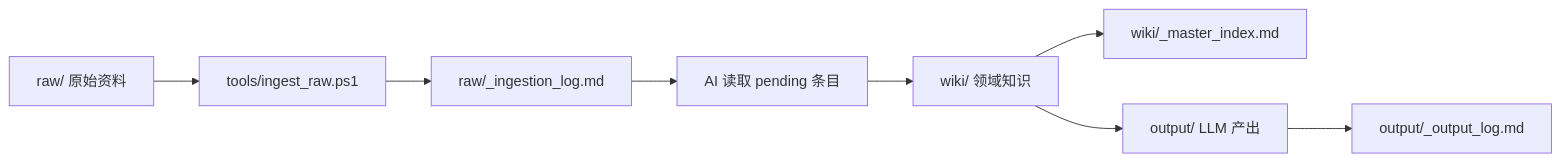
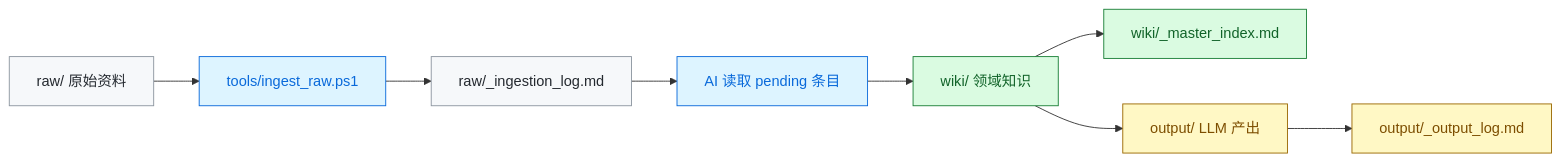
One commit to KkOma-value/vault changed the diagram in README.md. Above: the diagram before and after it, drawn with Mermaid. The commit also changed other lines of this file, not shown here.

````diff
--- a/README.md
+++ b/README.md
@@ -62,10 +80,20 @@
 ```mermaid
 flowchart LR
     A["raw/ 原始资料"] --> B["tools/ingest_raw.ps1"]
     B --> C["raw/_ingestion_log.md"]
     C --> D["AI 读取 pending 条目"]
     D --> E["wiki/ 领域知识"]
     E --> F["wiki/_master_index.md"]
     E --> G["output/ LLM 产出"]
     G --> H["output/_output_log.md"]
+
+    classDef source fill:#f6f8fa,stroke:#8c959f,color:#24292f;
+    classDef tool fill:#ddf4ff,stroke:#0969da,color:#0969da;
+    classDef knowledge fill:#dafbe1,stroke:#1a7f37,color:#116329;
+    classDef output fill:#fff8c5,stroke:#9a6700,color:#7d4e00;
+
+    class A,C source;
+    class B,D tool;
+    class E,F knowledge;
+    class G,H output;
 ```
````
